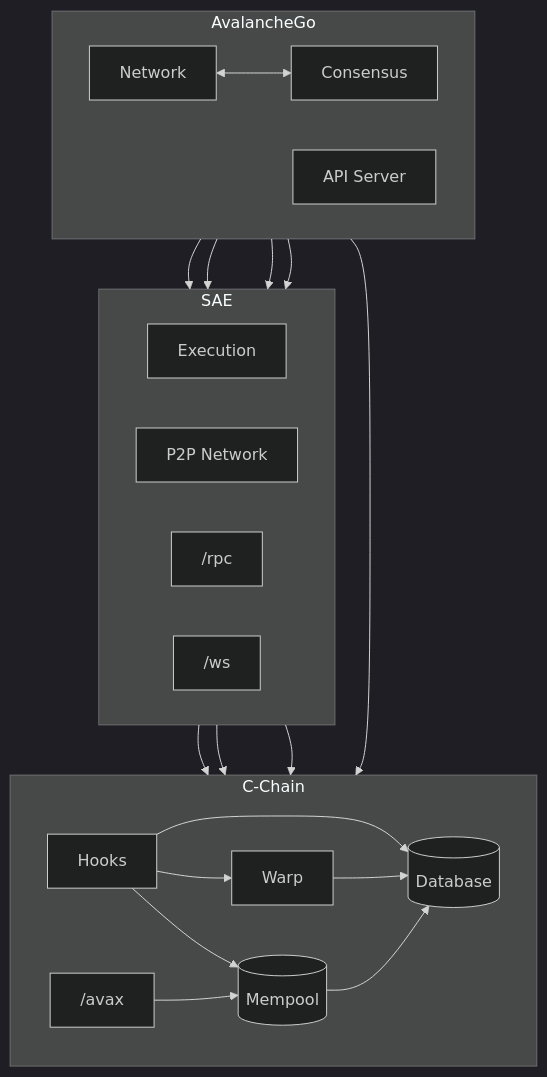
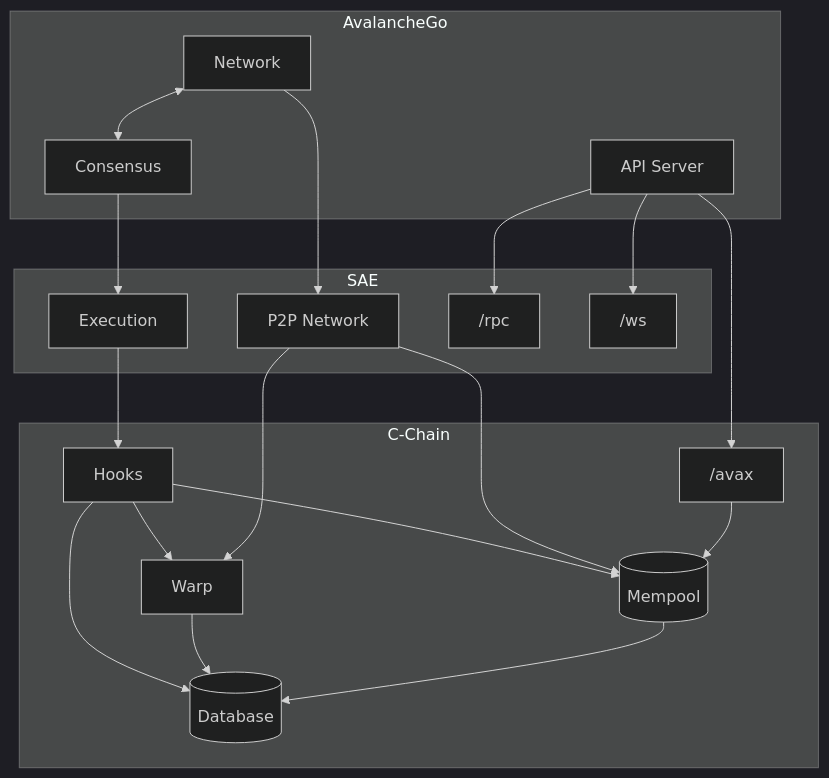
The first of 3 diagrams in vms/saevm/cchain/README.md (ava-labs/avalanchego), drawn with Mermaid (dark theme) before and after one commit.

````diff
--- a/vms/saevm/cchain/README.md
+++ b/vms/saevm/cchain/README.md
@@ -13,45 +13,42 @@
 ```mermaid
 flowchart TB
     subgraph avago["AvalancheGo"]
-        direction LR
         consensus["Consensus"]
         network["Network"]
         apiserver["API Server"]
     end
 
     subgraph sae["SAE"]
-        direction LR
         execution["Execution"]
         p2pn["P2P Network"]
         rpc["/rpc"]
         ws["/ws"]
     end
 
     subgraph cchain["C-Chain"]
-        direction LR
         hook["Hooks"]
         warp["Warp"]
         db[("Database")]
         mempool[("Mempool")]
         avax["/avax"]
     end
 
     network <--> consensus
     network --> p2pn
     consensus --> execution
     apiserver --> rpc
     apiserver --> ws
     apiserver --> avax
     execution --> hook
 
     hook --> warp
     p2pn --> warp
 
     hook --> mempool
     p2pn --> mempool
     avax --> mempool
 
     hook --> db
     warp --> db
     mempool --> db
 ```
````
